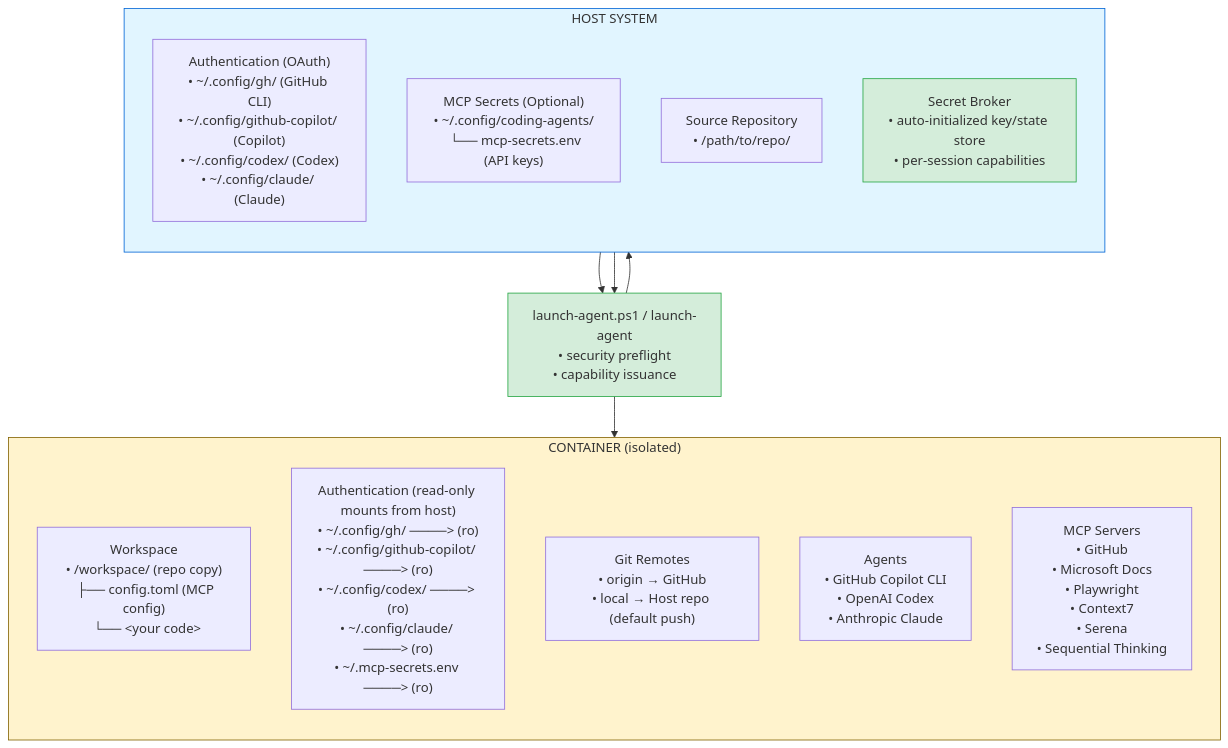
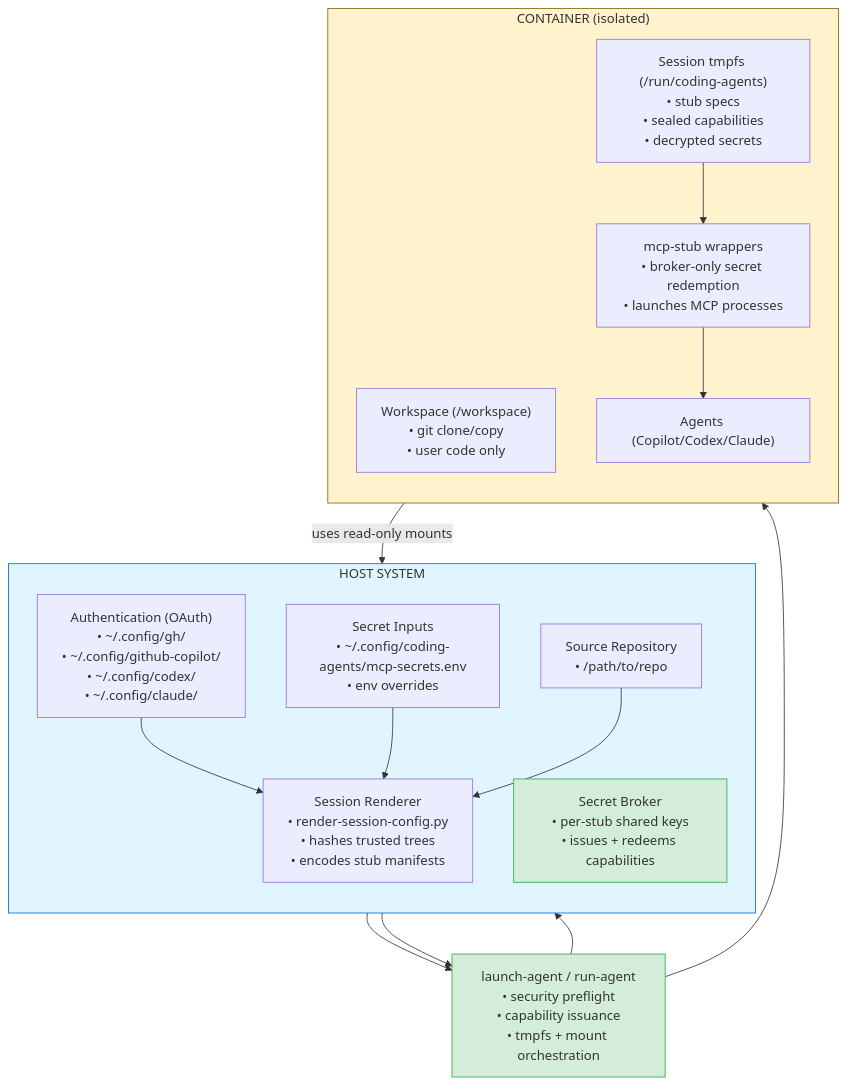
Before and after one commit to novotnyllc/ContainAI: the first of 13 diagrams in docs/architecture.md, drawn with Mermaid. The commit also changed other lines of this file and 13 other files, not shown here.

First line of the commit message:
feat: Implement secure MCP stub execution and configuration rendering

````diff
--- a/docs/architecture.md
+++ b/docs/architecture.md
@@ -15,35 +15,36 @@
 ```mermaid
 flowchart TB
     subgraph host["HOST SYSTEM"]
         direction TB
-        auth["Authentication (OAuth)<br/>• ~/.config/gh/ (GitHub CLI)<br/>• ~/.config/github-copilot/ (Copilot)<br/>• ~/.config/codex/ (Codex)<br/>• ~/.config/claude/ (Claude)"]
-        secrets["MCP Secrets (Optional)<br/>• ~/.config/coding-agents/<br/>  └── mcp-secrets.env (API keys)"]
-        repo["Source Repository<br/>• /path/to/repo/"]
-        broker["Secret Broker<br/>• auto-initialized key/state store<br/>• per-session capabilities"]
+        auth["Authentication (OAuth)<br/>• ~/.config/gh/<br/>• ~/.config/github-copilot/<br/>• ~/.config/codex/<br/>• ~/.config/claude/"]
+        secrets["Secret Inputs<br/>• ~/.config/coding-agents/mcp-secrets.env<br/>• env overrides"]
+        repo["Source Repository<br/>• /path/to/repo"]
+        renderer["Session Renderer<br/>• render-session-config.py<br/>• hashes trusted trees<br/>• encodes stub manifests"]
+        broker["Secret Broker<br/>• per-stub shared keys<br/>• issues + redeems capabilities"]
     end
-    
-    launcher["launch-agent.ps1 / launch-agent<br/>• security preflight<br/>• capability issuance"]
-    
+
+    launcher["launch-agent / run-agent<br/>• security preflight<br/>• capability issuance<br/>• tmpfs + mount orchestration"]
+
     subgraph container["CONTAINER (isolated)"]
         direction TB
-        workspace["Workspace<br/>• /workspace/ (repo copy)<br/>  ├── config.toml (MCP config)<br/>  └── &lt;your code&gt;"]
-        
-        container_auth["Authentication (read-only mounts from host)<br/>• ~/.config/gh/ ────> (ro)<br/>• ~/.config/github-copilot/ ────> (ro)<br/>• ~/.config/codex/ ────> (ro)<br/>• ~/.config/claude/ ────> (ro)<br/>• ~/.mcp-secrets.env ────> (ro)"]
-        
-        git["Git Remotes<br/>• origin → GitHub<br/>• local → Host repo (default push)"]
-        
-        agents["Agents<br/>• GitHub Copilot CLI<br/>• OpenAI Codex<br/>• Anthropic Claude"]
-        
-        mcp["MCP Servers<br/>• GitHub<br/>• Microsoft Docs<br/>• Playwright<br/>• Context7<br/>• Serena<br/>• Sequential Thinking"]
+        workspace["Workspace (/workspace)<br/>• git clone/copy<br/>• user code only"]
+        tmpfs["Session tmpfs (/run/coding-agents)<br/>• stub specs<br/>• sealed capabilities<br/>• decrypted secrets"]
+        mcpstub["mcp-stub wrappers<br/>• broker-only secret redemption<br/>• launches MCP processes"]
+        agents["Agents (Copilot/Codex/Claude)"]
     end
-    
-    host --> launcher
+
+    auth --> renderer
+    secrets --> renderer
+    repo --> renderer
+    renderer --> launcher
     launcher --> broker
     broker --> launcher
     launcher --> container
-    
+    container -->|uses read-only mounts| auth
+    tmpfs --> mcpstub --> agents
+
     style host fill:#e1f5ff,stroke:#0366d6
     style container fill:#fff3cd,stroke:#856404
     style launcher fill:#d4edda,stroke:#28a745
     style broker fill:#d4edda,stroke:#28a745
 ```
````
